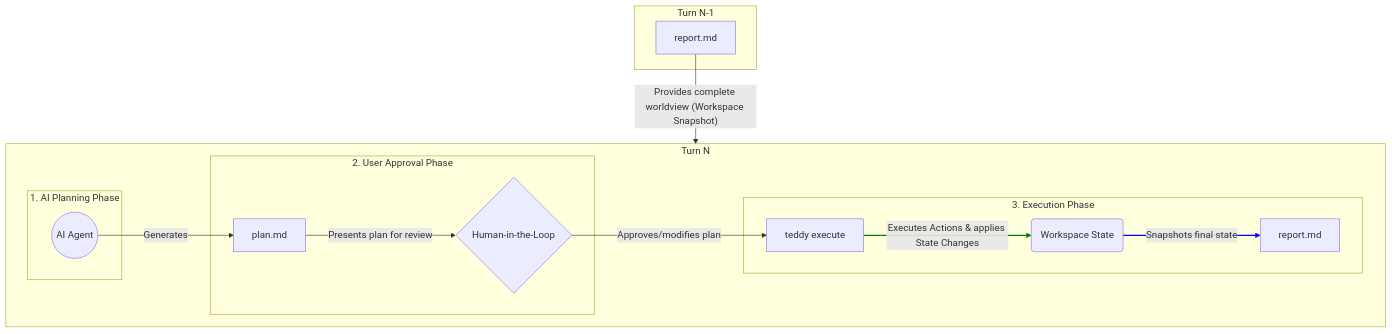
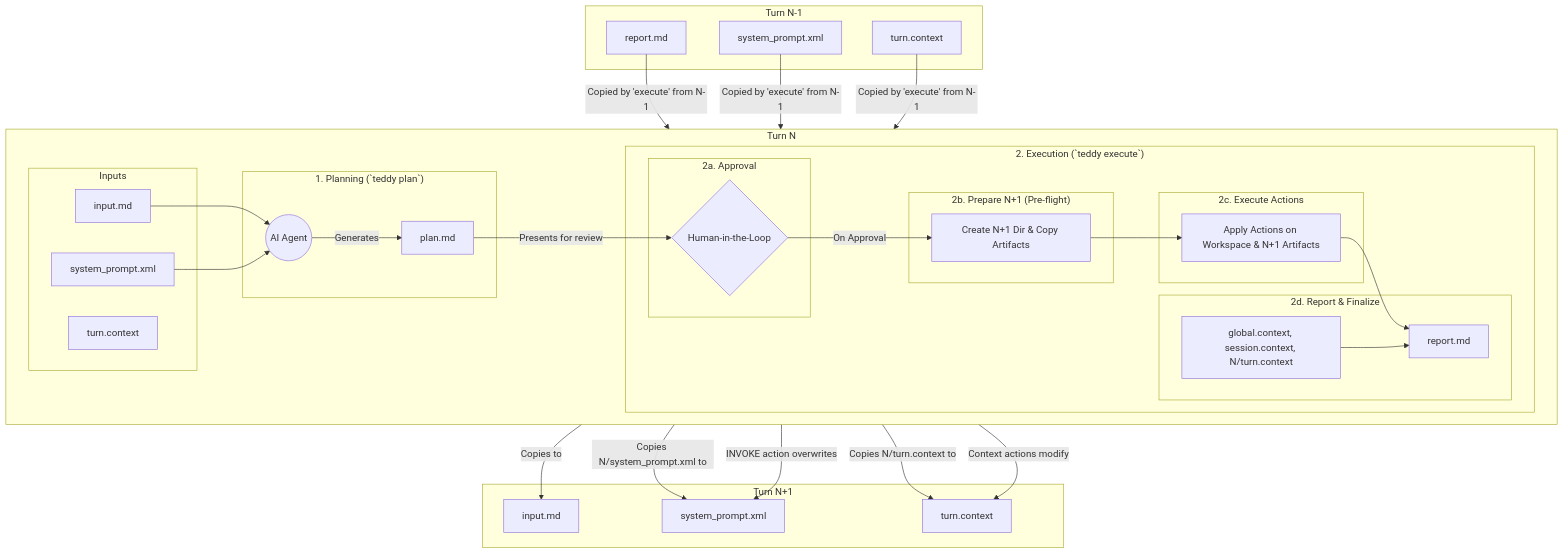
The diagram in docs/specs/interactive-session-workflow.md (atte500/TeDDy), drawn with Mermaid before and after one commit. The commit also changed other lines of this file and 2 other files, not shown here.

First line of the commit message:
docs(specs): align workflow spec and briefs to report-centric model

````diff
--- a/docs/specs/interactive-session-workflow.md
+++ b/docs/specs/interactive-session-workflow.md
@@ -13,32 +13,58 @@
 ```mermaid
 graph TD
     subgraph "Turn N-1"
-        A[report.md];
+        A_report[report.md];
+        A_sp[system_prompt.xml];
+        A_tc[turn.context];
     end
 
     subgraph "Turn N"
         direction LR
-        subgraph "1. AI Planning Phase"
-            B((AI Agent));
+        subgraph "Inputs"
+            B_input[input.md];
+            B_sp[system_prompt.xml];
+            B_tc[turn.context];
         end
-        subgraph "2. User Approval Phase"
-            C[plan.md];
-            D{Human-in-the-Loop};
+        subgraph "1. Planning (`teddy plan`)"
+            C_agent((AI Agent));
+            D_plan[plan.md];
         end
-        subgraph "3. Execution Phase"
-            E[teddy execute];
-            F(Workspace State);
-            G[report.md];
+        subgraph "2. Execution (`teddy execute`)"
+            subgraph "2a. Approval"
+                E_human{Human-in-the-Loop};
+            end
+            subgraph "2b. Prepare N+1 (Pre-flight)"
+                F_prep[Create N+1 Dir & Copy Artifacts];
+            end
+            subgraph "2c. Execute Actions"
+                G_actions[Apply Actions on Workspace & N+1 Artifacts];
+            end
+            subgraph "2d. Report & Finalize"
+                H_report[report.md];
+                H_contexts[global.context, session.context, N/turn.context];
+            end
         end
     end
 
-    A -- "Provides complete worldview (Workspace Snapshot)" --> B;
-    B -- "Generates" --> C;
-    C -- "Presents plan for review" --> D;
-    D -- "Approves/modifies plan" --> E;
-    E -- "Executes Actions & applies State Changes" --> F;
-    F -- "Snapshots final state" --> G;
+    subgraph "Turn N+1"
+        I_input[input.md];
+        I_sp[system_prompt.xml];
+        I_tc[turn.context];
+    end
 
-    linkStyle 4 stroke-width:2px,fill:none,stroke:green;
-    linkStyle 5 stroke-width:2px,fill:none,stroke:blue;
+    A_report -- "Copied by 'execute' from N-1" --> B_input;
+    A_sp -- "Copied by 'execute' from N-1" --> B_sp;
+    A_tc -- "Copied by 'execute' from N-1" --> B_tc;
+
+    B_input & B_sp --> C_agent;
+    C_agent -- "Generates" --> D_plan;
+    D_plan -- "Presents for review" --> E_human;
+    E_human -- "On Approval" --> F_prep;
+    F_prep -- "Copies N/system_prompt.xml to" --> I_sp;
+    F_prep -- "Copies N/turn.context to" --> I_tc;
+    F_prep --> G_actions;
+    G_actions -- "INVOKE action overwrites" --> I_sp;
+    G_actions -- "Context actions modify" --> I_tc;
+    G_actions & H_contexts --> H_report;
+    H_report -- "Copies to" --> I_input;
 ```
````
